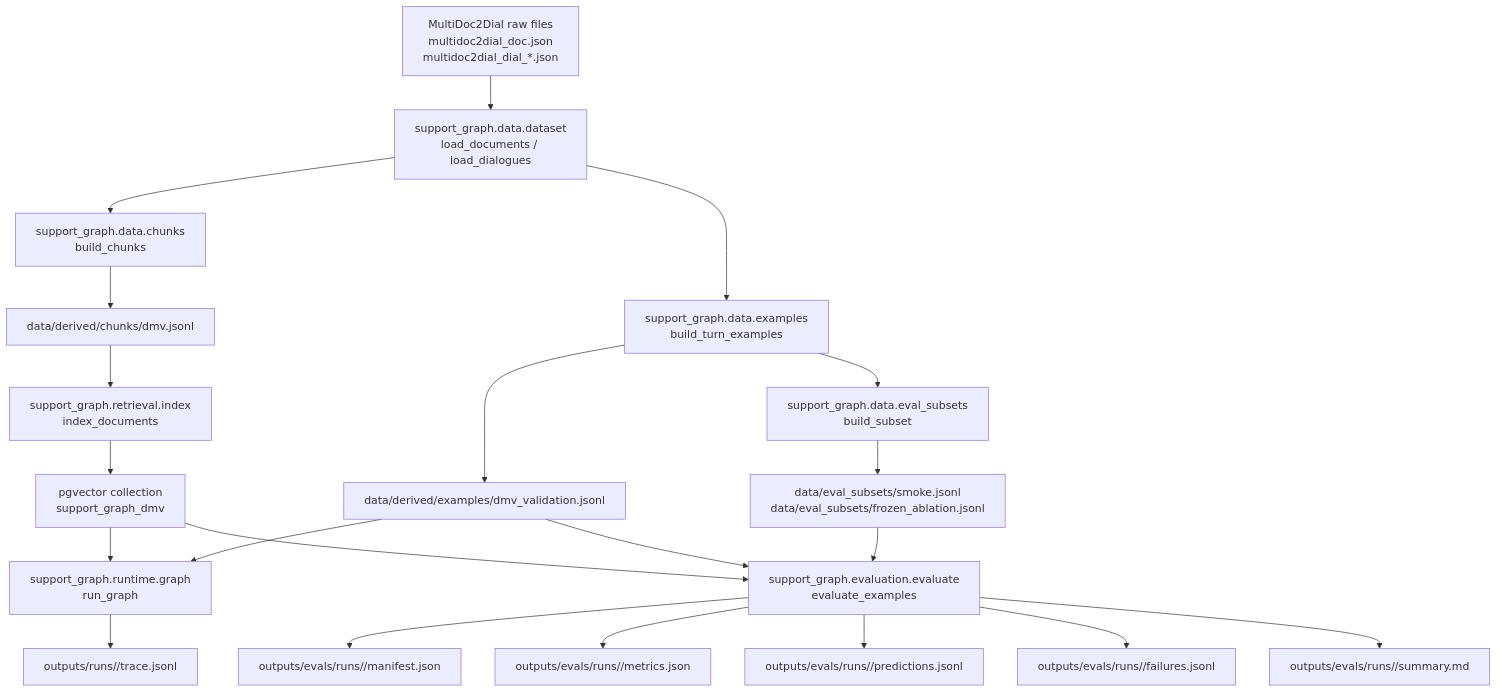
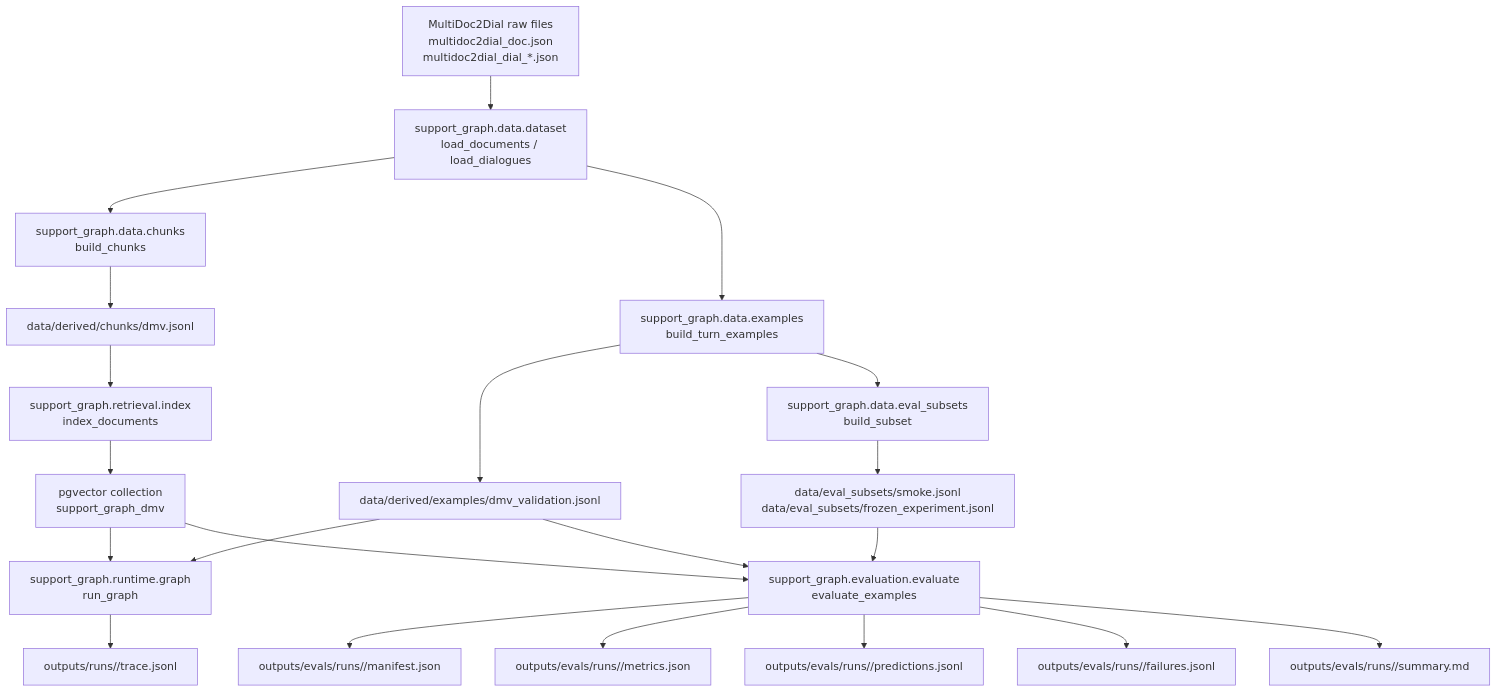
One commit to YgLK/grounded-support-rag changed the sixth of 9 diagrams in README.md. Above: the diagram before and after it, drawn with Mermaid. The commit also changed other lines of this file and 1 other file, not shown here.

Commit message:
docs: update README to reflect experiment terminology and archive historical planning docs

````diff
--- a/README.md
+++ b/README.md
@@ -265,23 +267,23 @@
 ```mermaid
 flowchart TD
     A["MultiDoc2Dial raw files<br/>multidoc2dial_doc.json<br/>multidoc2dial_dial_*.json"] --> B["support_graph.data.dataset<br/>load_documents / load_dialogues"]
     B --> C["support_graph.data.chunks<br/>build_chunks"]
     B --> D["support_graph.data.examples<br/>build_turn_examples"]
     D --> E["support_graph.data.eval_subsets<br/>build_subset"]
     C --> F["data/derived/chunks/dmv.jsonl"]
     D --> G["data/derived/examples/dmv_validation.jsonl"]
-    E --> H["data/eval_subsets/smoke.jsonl<br/>data/eval_subsets/frozen_ablation.jsonl"]
+    E --> H["data/eval_subsets/smoke.jsonl<br/>data/eval_subsets/frozen_experiment.jsonl"]
     F --> I["support_graph.retrieval.index<br/>index_documents"]
     I --> J["pgvector collection<br/>support_graph_dmv"]
     G --> K["support_graph.runtime.graph<br/>run_graph"]
     J --> K
     H --> L["support_graph.evaluation.evaluate<br/>evaluate_examples"]
     G --> L
     J --> L
     K --> M["outputs/runs/<run_id>/trace.jsonl"]
     L --> N["outputs/evals/runs/<run_id>/manifest.json"]
     L --> O["outputs/evals/runs/<run_id>/metrics.json"]
     L --> P["outputs/evals/runs/<run_id>/predictions.jsonl"]
     L --> Q["outputs/evals/runs/<run_id>/failures.jsonl"]
     L --> R["outputs/evals/runs/<run_id>/summary.md"]
 ```
````
